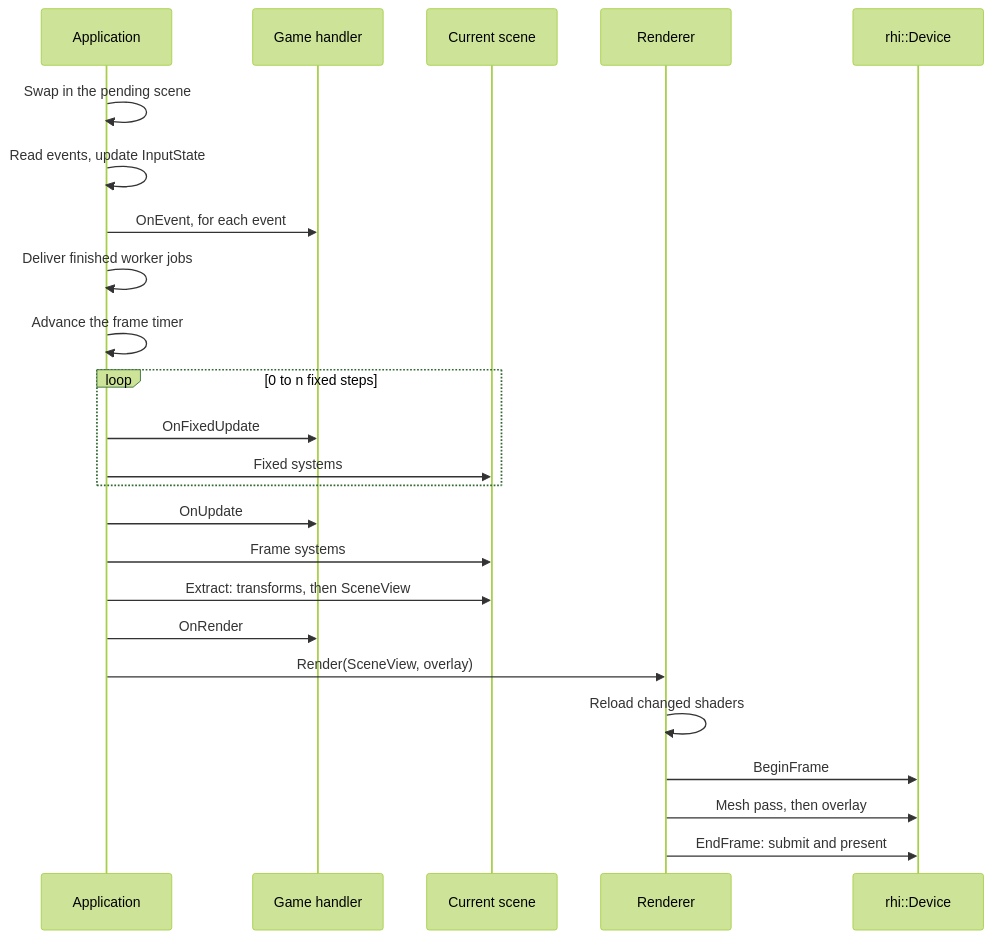
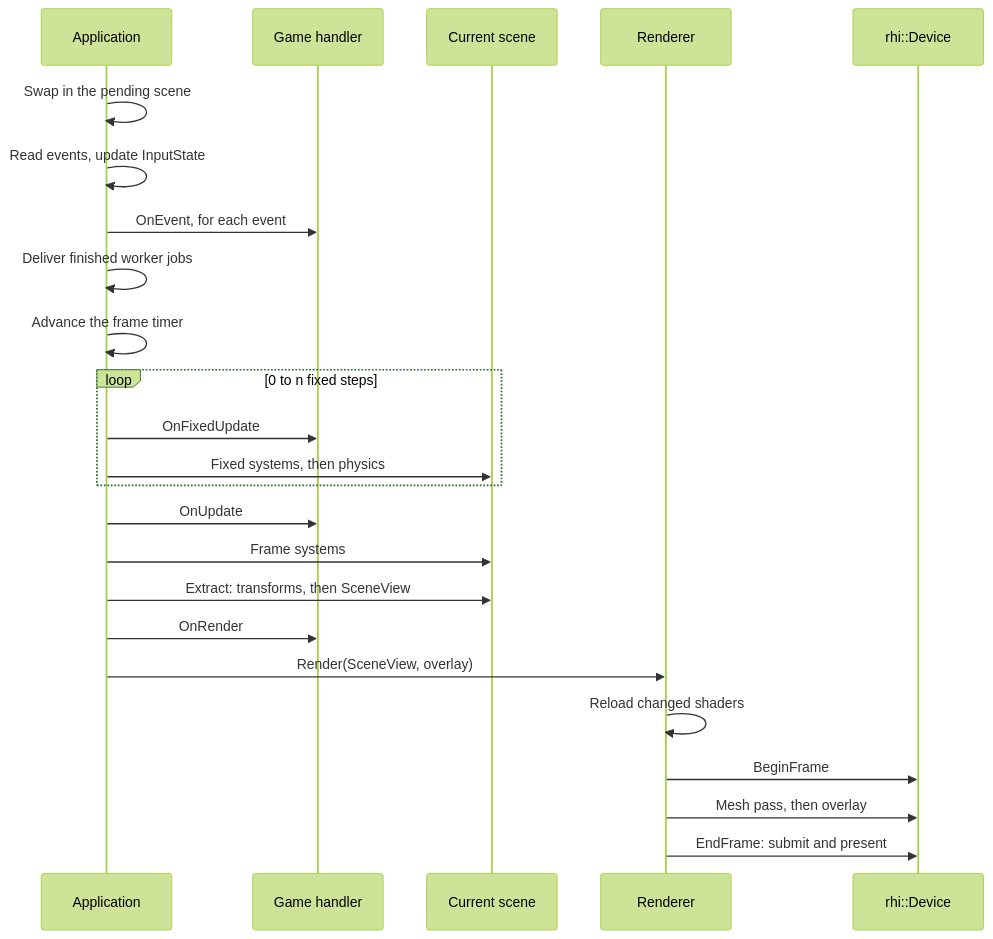
The third of 6 diagrams in docs/ARCHITECTURE.md (SBXdev3D/daidalos-engine-next), drawn with Mermaid (forest theme) before and after one commit. The commit also changed other lines of this file and 26 other files, not shown here.

````diff
--- a/docs/ARCHITECTURE.md
+++ b/docs/ARCHITECTURE.md
@@ -98,27 +102,27 @@
 ```mermaid
 sequenceDiagram
     participant A as Application
     participant G as Game handler
     participant S as Current scene
     participant R as Renderer
     participant D as rhi::Device
 
     A->>A: Swap in the pending scene
     A->>A: Read events, update InputState
     A->>G: OnEvent, for each event
     A->>A: Deliver finished worker jobs
     A->>A: Advance the frame timer
     loop 0 to n fixed steps
         A->>G: OnFixedUpdate
-        A->>S: Fixed systems
+        A->>S: Fixed systems, then physics
     end
     A->>G: OnUpdate
     A->>S: Frame systems
     A->>S: Extract: transforms, then SceneView
     A->>G: OnRender
     A->>R: Render(SceneView, overlay)
     R->>R: Reload changed shaders
     R->>D: BeginFrame
     R->>D: Mesh pass, then overlay
     R->>D: EndFrame: submit and present
 ```
````
